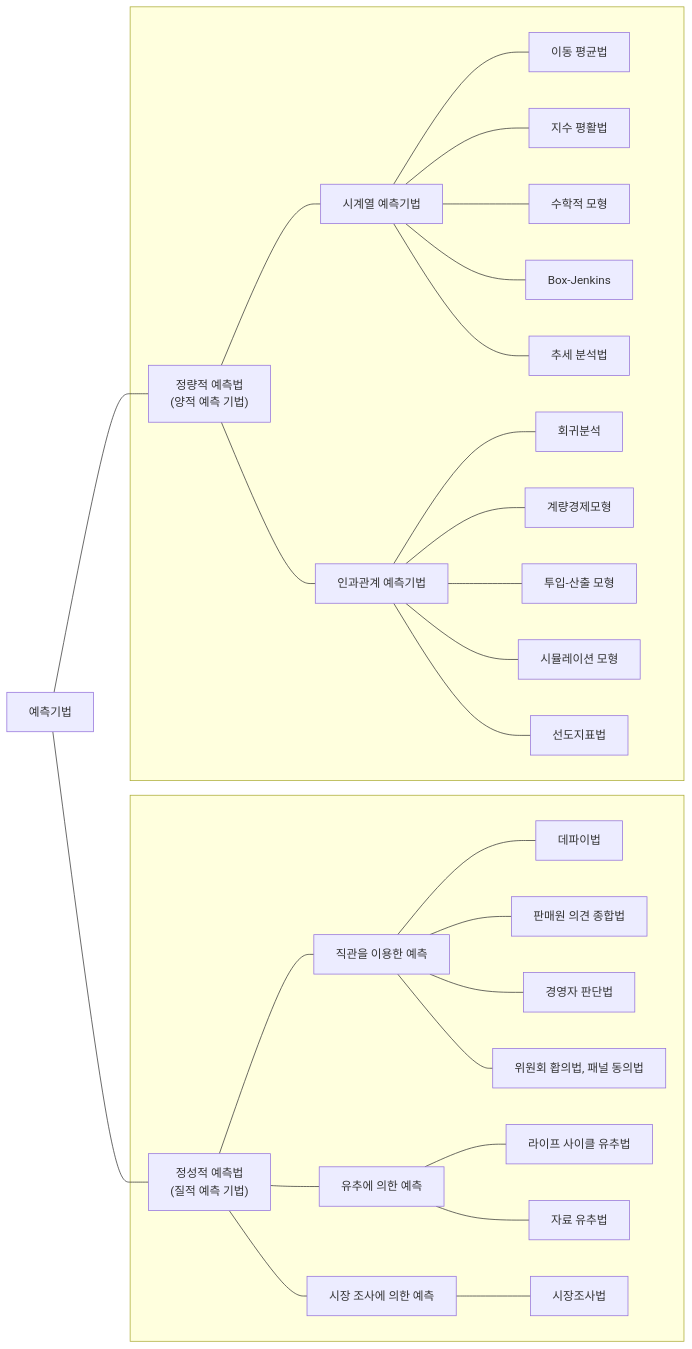
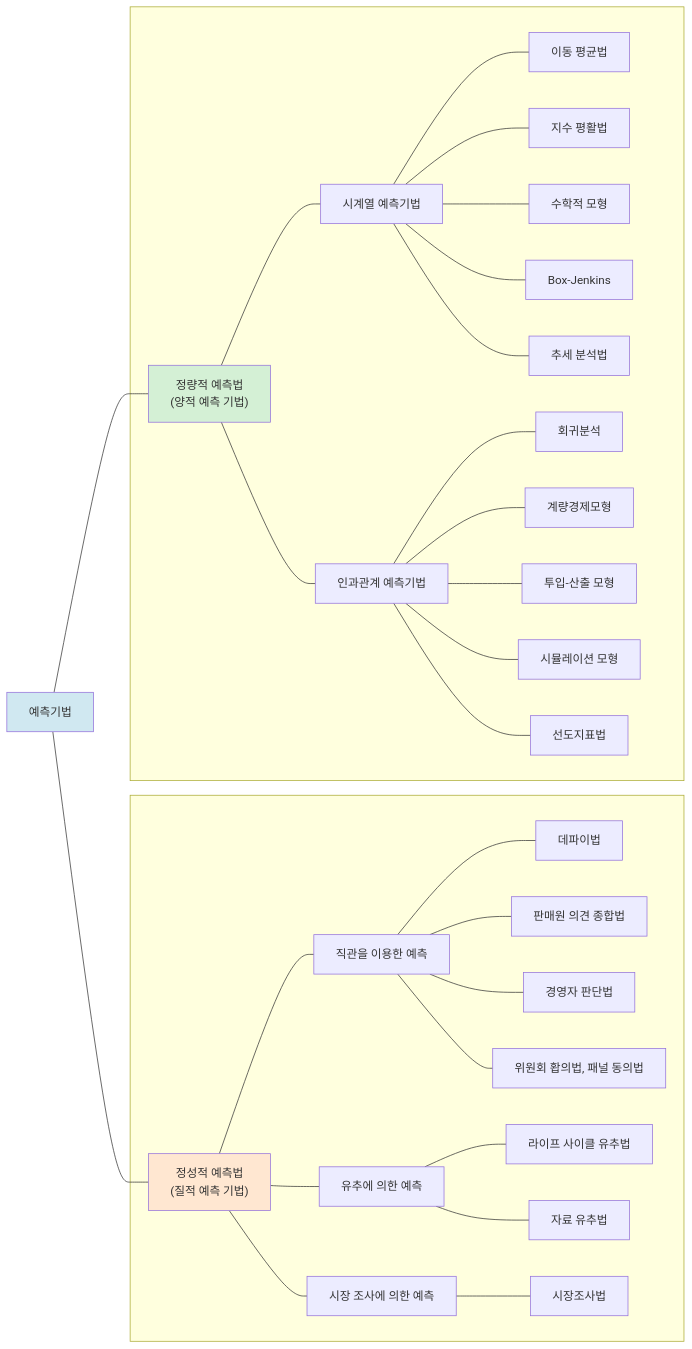
The diagram in 0201수요예측.qmd (yeonkyupark/pepc2e), drawn with Mermaid before and after one commit. The commit also changed other lines of this file, not shown here.

````diff
--- a/0201수요예측.qmd
+++ b/0201수요예측.qmd
@@ -11,36 +11,40 @@
 ```{mermaid}
 flowchart LR
 subgraph s1["   "]
 10["정성적 예측법<br>(질적 예측 기법)"]
 11[직관을 이용한 예측]
 12[시장 조사에 의한 예측]
 13[유추에 의한 예측]
 11 --- 111[데파이법]
 11 --- 112[판매원 의견 종합법]
 11 --- 113[경영자 판단법]
 11 --- 114[위원회 홥의법, 패널 동의법]
 12 --- 시장조사법
 13 --- 131[라이프 사이클 유추법]
 13 --- 132[자료 유추법]
 10 --- 11 & 12 & 13
 end
 
 subgraph s2["   "]
 20["정량적 예측법<br>(양적 예측 기법)"]
 21[시계열 예측기법]
 22[인과관계 예측기법]
 21 --- 211[이동 평균법]
 21 --- 212[지수 평활법]
 21 --- 213[수학적 모형]
 21 --- 214[Box-Jenkins]
 21 --- 215[추세 분석법]
 22 --- 221[회귀분석]
 22 --- 222[계량경제모형]
 22 --- 223[투입-산출 모형]
 22 --- 224[시뮬레이션 모형]
 22 --- 225[선도지표법]
 20 --- 21 & 22
 end
 
 예측기법 --- 10 & 20
+
+style 20 fill:#d4f0d5
+style 10 fill:#ffe7d1
+style 예측기법 fill:#d0e8f1
 ```
````
